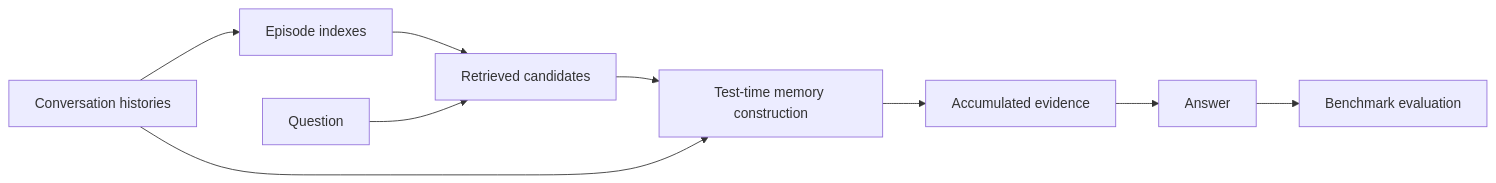
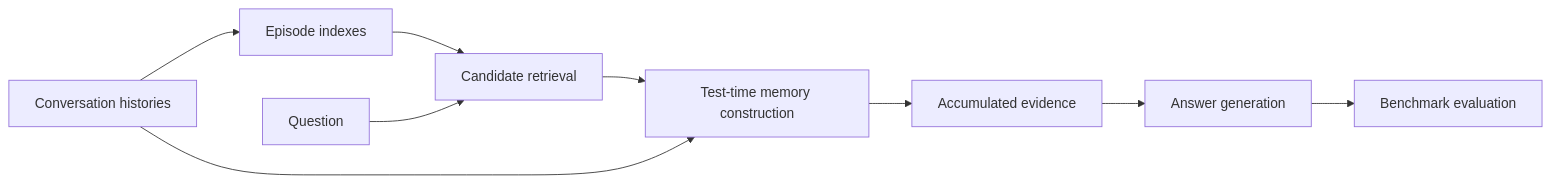
Before and after one commit to OpenBMB/T2Mem: the diagram in README.md, drawn with Mermaid. The commit also changed other lines of this file and 2 other files, not shown here.

````diff
--- a/README.md
+++ b/README.md
@@ -23,11 +23,11 @@
 ```mermaid
 flowchart LR
-    A[Conversation histories] --> B[Episode indexes]
-    B --> C[Retrieved candidates]
-    Q[Question] --> C
-    C --> D[Test-time memory construction]
-    A --> D
-    D --> E[Accumulated evidence]
-    E --> F[Answer]
-    F --> G[Benchmark evaluation]
+    H[Conversation histories] --> I[Episode indexes]
+    I --> R[Candidate retrieval]
+    Q[Question] --> R
+    R --> M[Test-time memory construction]
+    H --> M
+    M --> E[Accumulated evidence]
+    E --> A[Answer generation]
+    A --> J[Benchmark evaluation]
 ```
````
